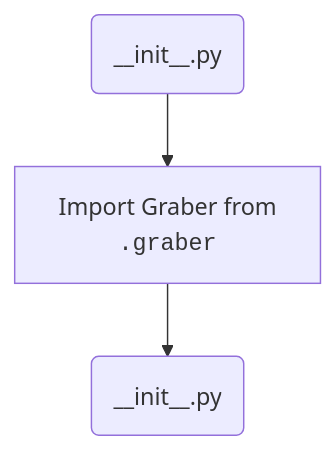
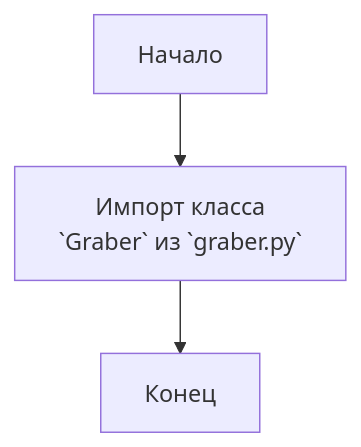
Before and after one commit to hypo69/hypo: the diagram in docs/gemini/ru/explainer/src/suppliers/ivory/__init__.py.md, drawn with Mermaid. The commit also changed other lines of this file and 1505 other files, not shown here.

````diff
--- a/docs/gemini/ru/explainer/src/suppliers/ivory/__init__.py.md
+++ b/docs/gemini/ru/explainer/src/suppliers/ivory/__init__.py.md
@@ -12,5 +17,5 @@
 ```mermaid
 flowchart TD
-    Start(__init__.py) --> ImportGraber[Import Graber from <br><code>.graber</code>]
-    ImportGraber --> End(__init__.py)
+    Start[Начало] --> ImportGraber[Импорт класса <br> `Graber` из `graber.py`]
+    ImportGraber --> End[Конец]
 ```
````
